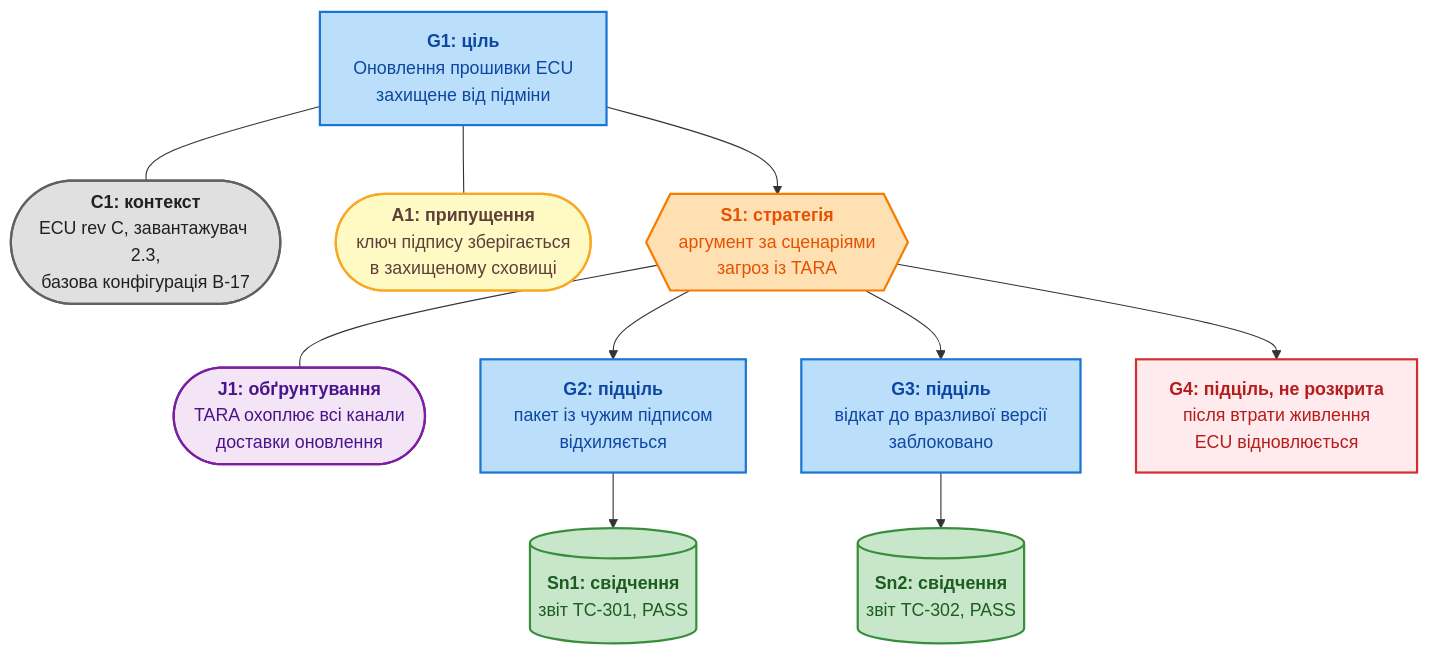
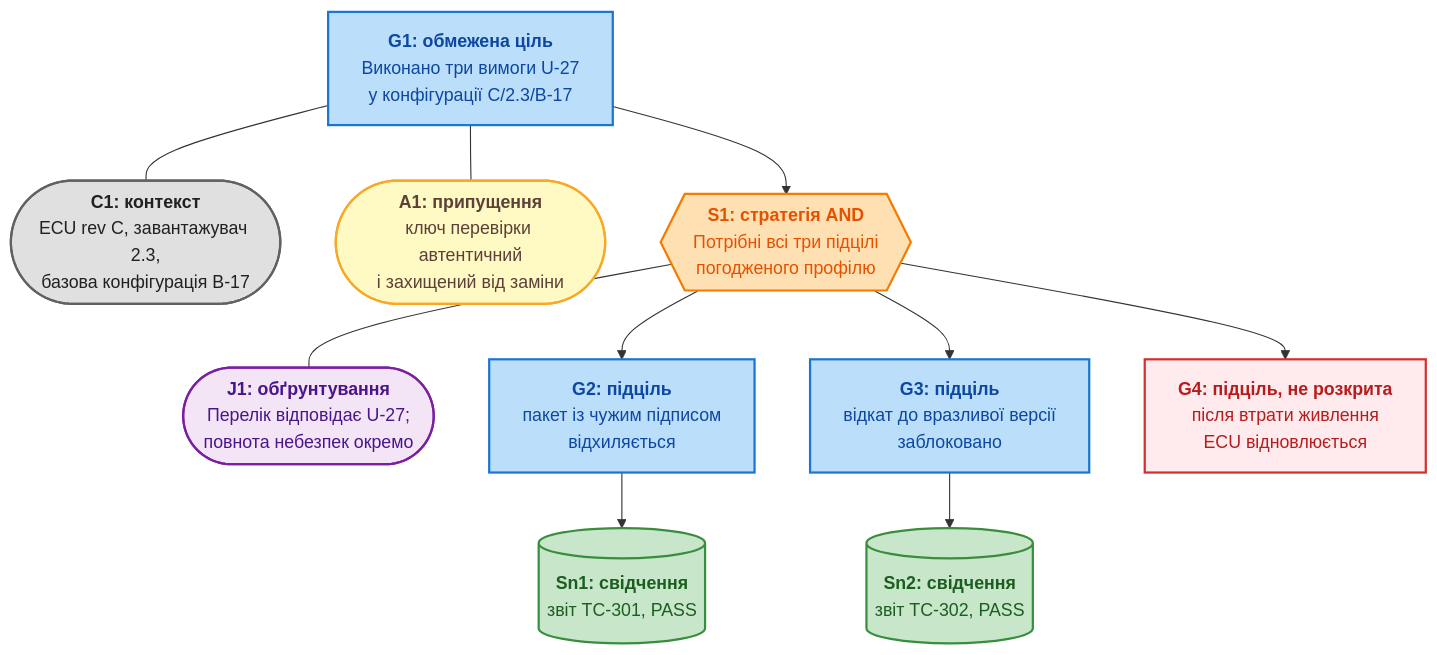
Before and after one commit to nick-fedchik/articles: the first of 6 diagrams in ExpertSystem/ch27-safety-case-gsn-synthesis.md, drawn with Mermaid. The commit also changed other lines of this file and 7 other files, not shown here.

````diff
--- a/ExpertSystem/ch27-safety-case-gsn-synthesis.md
+++ b/ExpertSystem/ch27-safety-case-gsn-synthesis.md
@@ -54,34 +77,34 @@
 ```mermaid
 flowchart TD
     accTitle: Аргумент GSN для захищеного оновлення прошивки
     accDescr: Ціль G1 у контексті C1 з припущенням A1 розкладається стратегією S1 з обґрунтуванням J1 на три підцілі; дві підцілі мають свідчення, а підціль G4 ще не розкрита.
 
-    G1["<b>G1: ціль</b><br/>Оновлення прошивки ECU<br/>захищене від підміни"]:::goal
+    G1["<b>G1: обмежена ціль</b><br/>Виконано три вимоги U-27<br/>у конфігурації C/2.3/B-17"]:::goal
     C1(["<b>C1: контекст</b><br/>ECU rev C, завантажувач 2.3,<br/>базова конфігурація B-17"]):::context
-    A1(["<b>A1: припущення</b><br/>ключ підпису зберігається<br/>в захищеному сховищі"]):::assume
-    S1{{"<b>S1: стратегія</b><br/>аргумент за сценаріями<br/>загроз із TARA"}}:::strategy
-    J1(["<b>J1: обґрунтування</b><br/>TARA охоплює всі канали<br/>доставки оновлення"]):::just
+    A1(["<b>A1: припущення</b><br/>ключ перевірки автентичний<br/>і захищений від заміни"]):::assume
+    S1{{"<b>S1: стратегія AND</b><br/>Потрібні всі три підцілі<br/>погодженого профілю"}}:::strategy
+    J1(["<b>J1: обґрунтування</b><br/>Перелік відповідає U-27;<br/>повнота небезпек окремо"]):::just
     G2["<b>G2: підціль</b><br/>пакет із чужим підписом<br/>відхиляється"]:::goal
     G3["<b>G3: підціль</b><br/>відкат до вразливої версії<br/>заблоковано"]:::goal
     G4["<b>G4: підціль, не розкрита</b><br/>після втрати живлення<br/>ECU відновлюється"]:::open
     Sn1[("<b>Sn1: свідчення</b><br/>звіт TC-301, PASS")]:::solution
     Sn2[("<b>Sn2: свідчення</b><br/>звіт TC-302, PASS")]:::solution
 
     G1 --- C1
     G1 --- A1
     G1 --> S1
     S1 --- J1
     S1 --> G2
     S1 --> G3
     S1 --> G4
     G2 --> Sn1
     G3 --> Sn2
 
     classDef goal fill:#bbdefb,stroke:#1976d2,stroke-width:2px,color:#0d47a1;
     classDef open fill:#ffebee,stroke:#d32f2f,stroke-width:2px,color:#b71c1c;
     classDef strategy fill:#ffe0b2,stroke:#f57c00,stroke-width:2px,color:#e65100;
     classDef context fill:#e0e0e0,stroke:#616161,stroke-width:2px,color:#212121;
     classDef assume fill:#fff9c4,stroke:#f9a825,stroke-width:2px,color:#5d4037;
     classDef just fill:#f3e5f5,stroke:#7b1fa2,stroke-width:2px,color:#4a148c;
     classDef solution fill:#c8e6c9,stroke:#388e3c,stroke-width:2px,color:#1b5e20;
 ```
````
